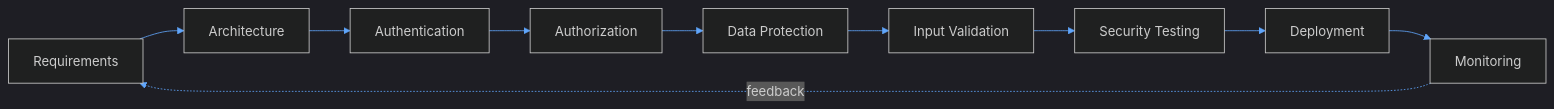
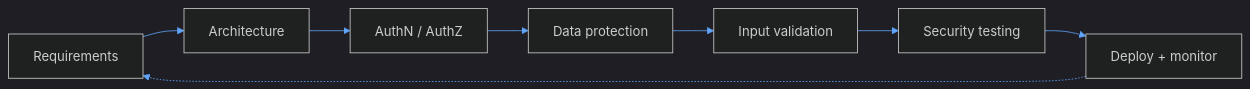
One commit to yogi2306yo/yogi2306yo changed the diagram in README.md. Above: the diagram before and after it, drawn with Mermaid. The commit also changed other lines of this file, not shown here.

````diff
--- a/README.md
+++ b/README.md
@@ -327,13 +183,11 @@
 ```mermaid
-%%{init: {'theme':'dark','themeVariables':{'primaryColor':'#0B1220','primaryTextColor':'#E2E8F0','primaryBorderColor':'#3B82F6','lineColor':'#60A5FA','secondaryColor':'#1E3A8A','tertiaryColor':'#020617','fontFamily':'monospace'}}}%%
+%%{init: {'theme':'dark','themeVariables':{'primaryColor':'#0B1220','primaryTextColor':'#E2E8F0','primaryBorderColor':'#3B82F6','lineColor':'#60A5FA','fontFamily':'monospace'}}}%%
 flowchart LR
     A[Requirements] --> B[Architecture]
-    B --> C[Authentication]
-    C --> D[Authorization]
-    D --> E[Data Protection]
-    E --> F[Input Validation]
-    F --> G[Security Testing]
-    G --> H[Deployment]
-    H --> I[Monitoring]
-    I -.feedback.-> A
+    B --> C[AuthN / AuthZ]
+    C --> D[Data protection]
+    D --> E[Input validation]
+    E --> F[Security testing]
+    F --> G[Deploy + monitor]
+    G -.-> A
 ```
````
